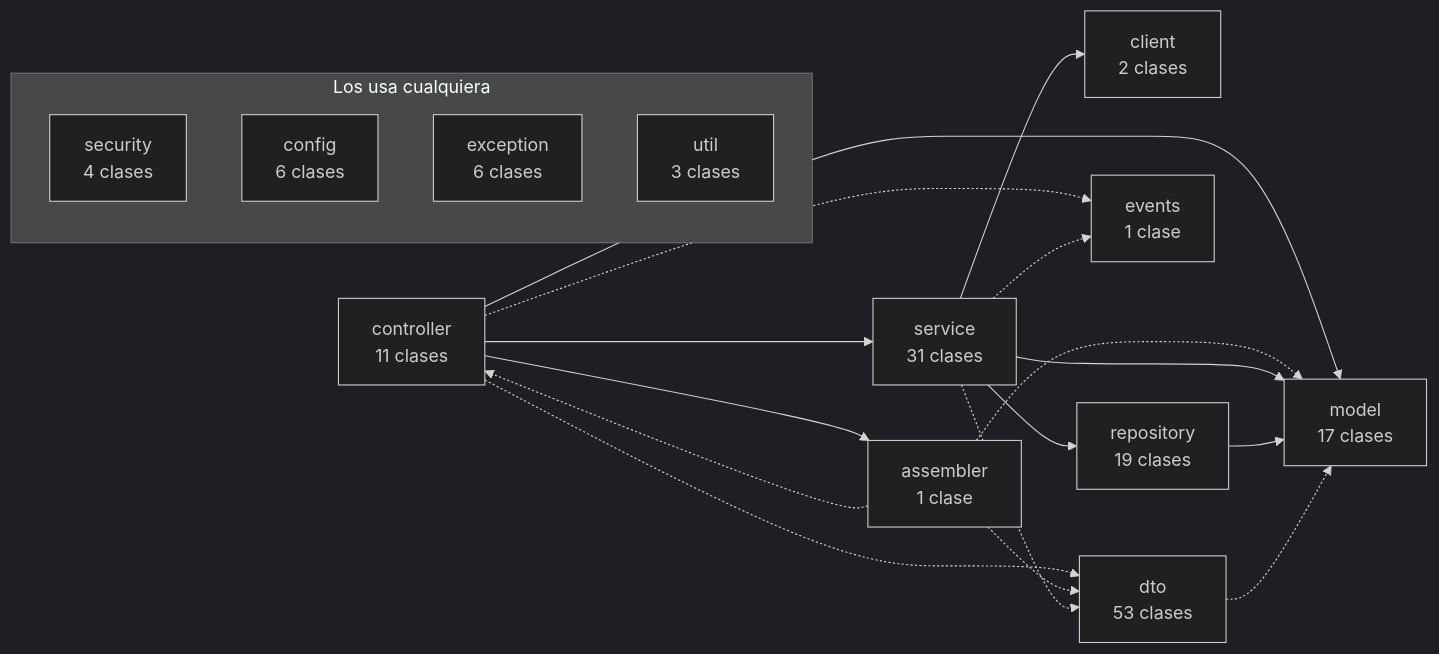
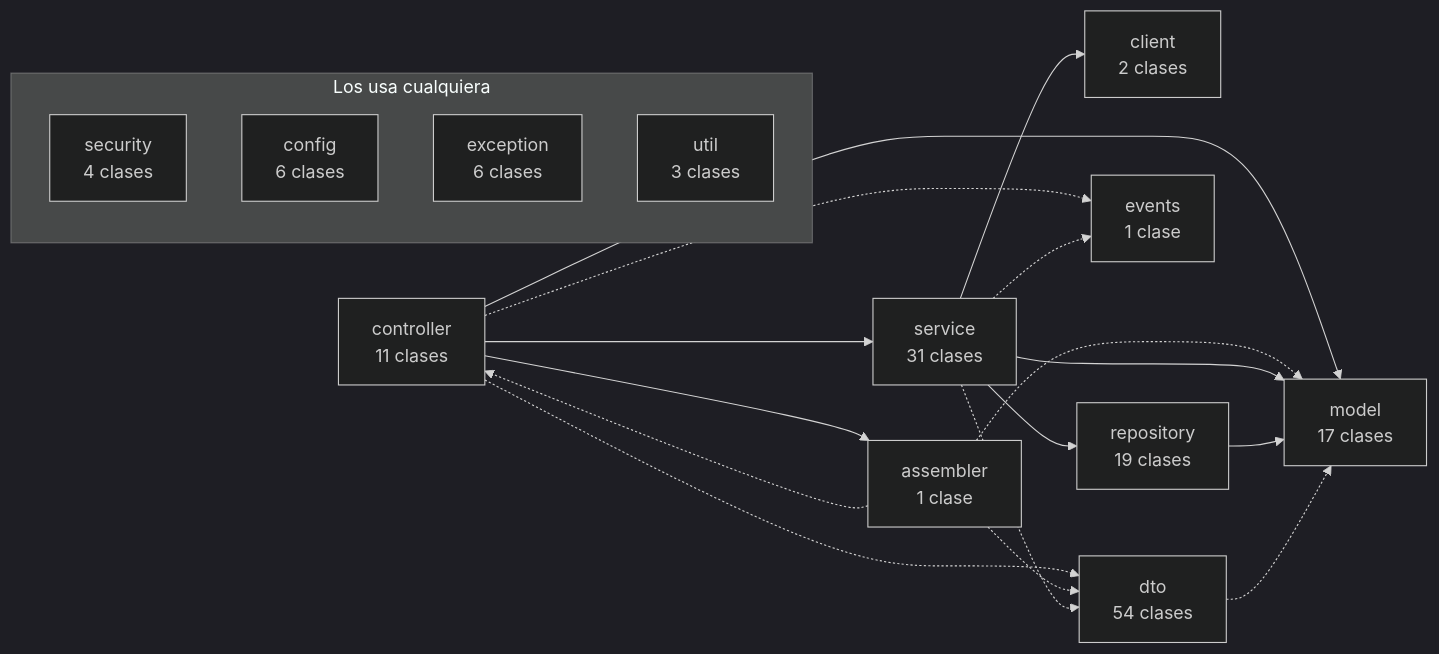
The third of 8 diagrams in docs/diagramas/componentes.md (TechnicalBridge/DataBridge), drawn with Mermaid (dark theme) before and after one commit. The commit also changed other lines of this file and 19 other files, not shown here.

````diff
--- a/docs/diagramas/componentes.md
+++ b/docs/diagramas/componentes.md
@@ -165,33 +165,33 @@
 ```mermaid
 flowchart LR
     controller["controller<br/>11 clases"]
     assembler["assembler<br/>1 clase"]
     service["service<br/>31 clases"]
     client["client<br/>2 clases"]
     repository["repository<br/>19 clases"]
     model["model<br/>17 clases"]
     events["events<br/>1 clase"]
-    dto["dto<br/>53 clases"]
+    dto["dto<br/>54 clases"]
     subgraph TRANSVERSAL["Los usa cualquiera"]
         direction TB
         security["security<br/>4 clases"]
         config["config<br/>6 clases"]
         exception["exception<br/>6 clases"]
         util["util<br/>3 clases"]
     end
     controller --> assembler
     controller --> service
     controller --> model
     controller -.-> events
     controller -.-> dto
     assembler -.-> controller
     assembler -.-> model
     assembler -.-> dto
     service --> client
     service --> repository
     service --> model
     service -.-> events
     service -.-> dto
     repository --> model
     dto -.-> model
 ```
````
